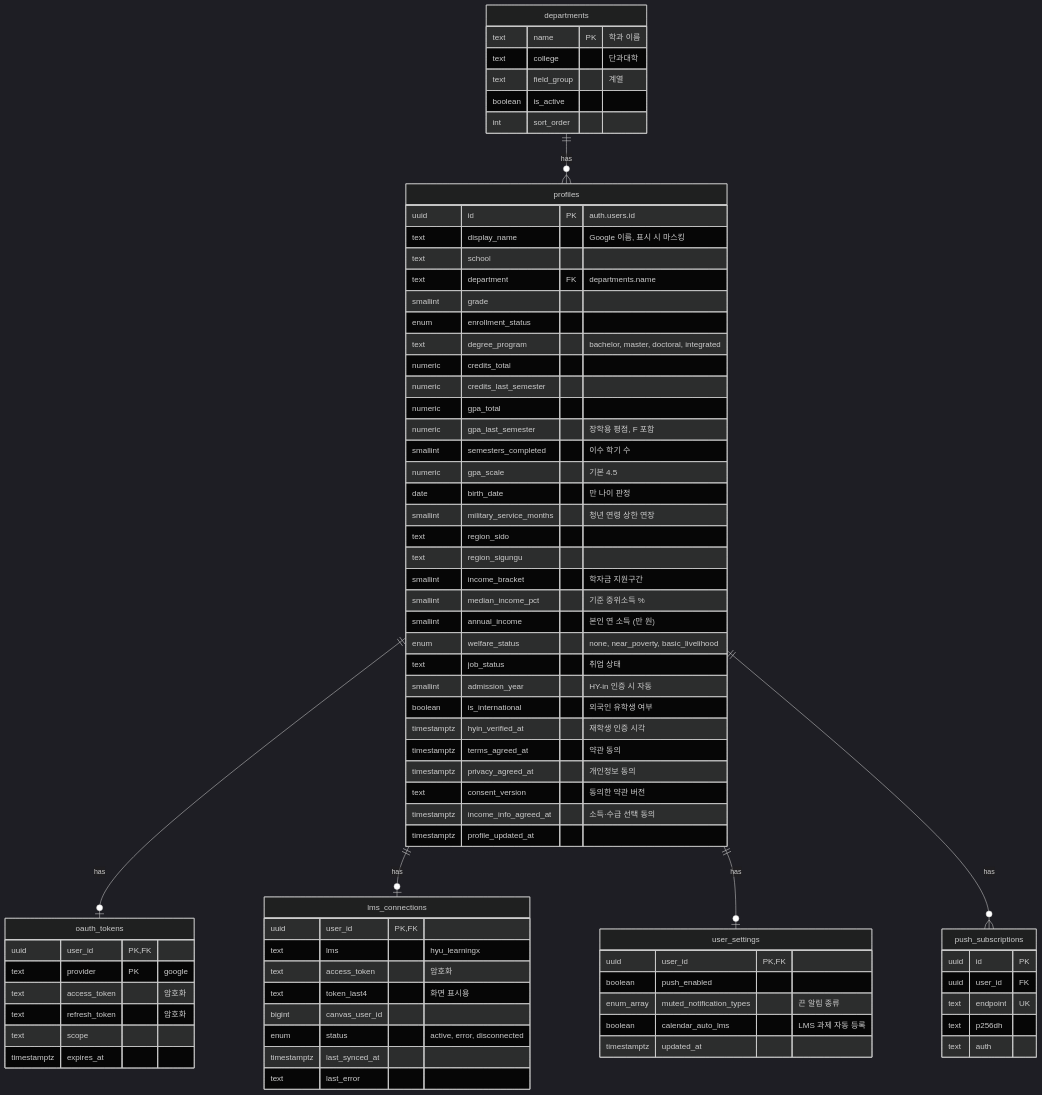
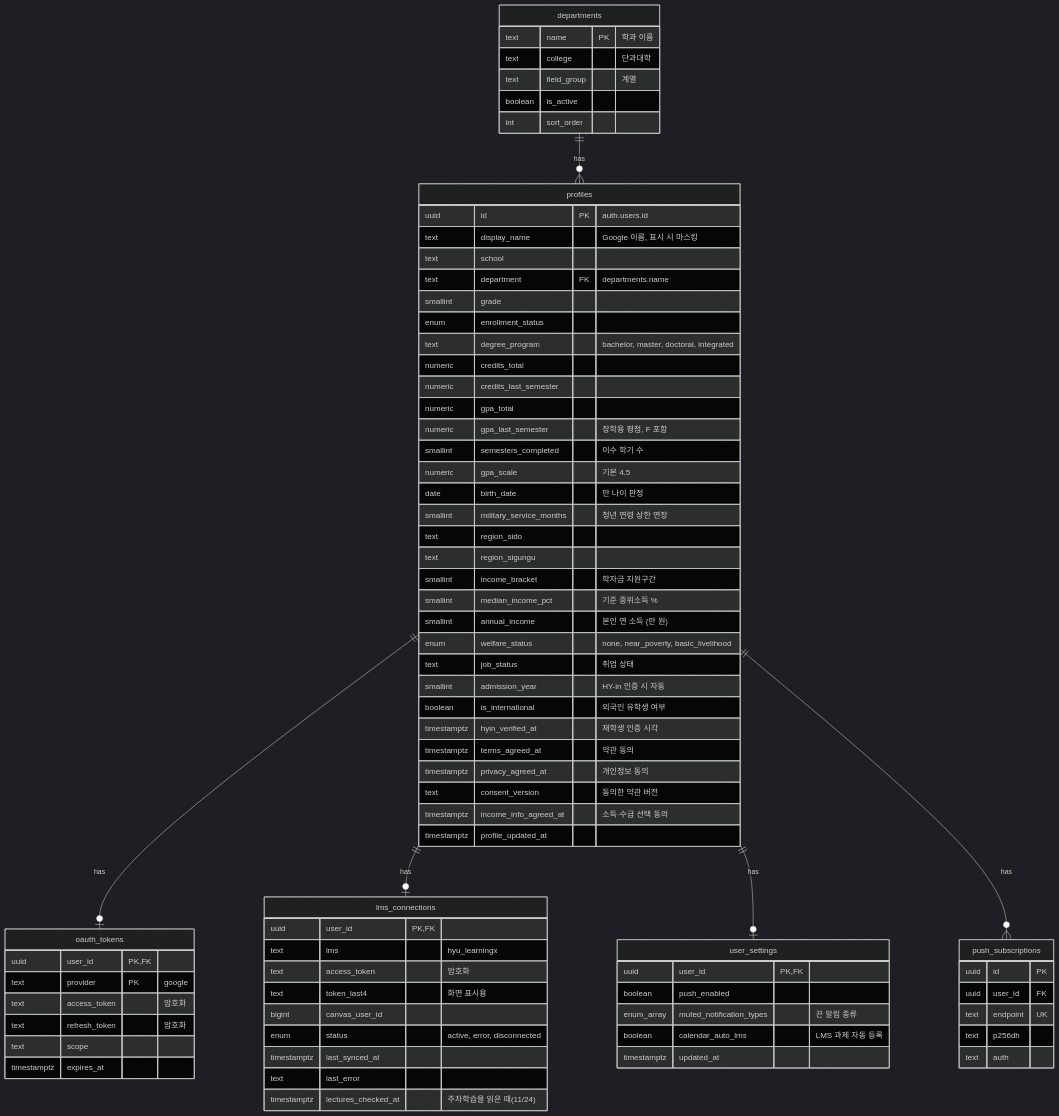
Before and after one commit to Happy623623/Unipivot: the second of 6 diagrams in docs/ERD_v0.9.md, drawn with Mermaid (dark theme). The commit also changed other lines of this file and 30 other files, not shown here.

````diff
--- a/docs/ERD_v0.9.md
+++ b/docs/ERD_v0.9.md
@@ -132,79 +133,80 @@
 ```mermaid
 erDiagram
     profiles {
         uuid id PK "auth.users.id"
         text display_name "Google 이름, 표시 시 마스킹"
         text school
         text department FK "departments.name"
         smallint grade
         enum enrollment_status
         text degree_program "bachelor, master, doctoral, integrated"
         numeric credits_total
         numeric credits_last_semester
         numeric gpa_total
         numeric gpa_last_semester "장학용 평점, F 포함"
         smallint semesters_completed "이수 학기 수"
         numeric gpa_scale "기본 4.5"
         date birth_date "만 나이 판정"
         smallint military_service_months "청년 연령 상한 연장"
         text region_sido
         text region_sigungu
         smallint income_bracket "학자금 지원구간"
         smallint median_income_pct "기준 중위소득 %"
         smallint annual_income "본인 연 소득 (만 원)"
         enum welfare_status "none, near_poverty, basic_livelihood"
         text job_status "취업 상태"
         smallint admission_year "HY-in 인증 시 자동"
         boolean is_international "외국인 유학생 여부"
         timestamptz hyin_verified_at "재학생 인증 시각"
         timestamptz terms_agreed_at "약관 동의"
         timestamptz privacy_agreed_at "개인정보 동의"
         text consent_version "동의한 약관 버전"
         timestamptz income_info_agreed_at "소득·수급 선택 동의"
         timestamptz profile_updated_at
     }
     departments {
         text name PK "학과 이름"
         text college "단과대학"
         text field_group "계열"
         boolean is_active
         int sort_order
     }
     oauth_tokens {
         uuid user_id PK, FK
         text provider PK "google"
         text access_token "암호화"
         text refresh_token "암호화"
         text scope
         timestamptz expires_at
     }
     lms_connections {
         uuid user_id PK, FK
         text lms "hyu_learningx"
         text access_token "암호화"
         text token_last4 "화면 표시용"
         bigint canvas_user_id
         enum status "active, error, disconnected"
         timestamptz last_synced_at
         text last_error
+        timestamptz lectures_checked_at "주차학습을 읽은 때(11/24)"
     }
     user_settings {
         uuid user_id PK, FK
         boolean push_enabled
         enum_array muted_notification_types "끈 알림 종류"
         boolean calendar_auto_lms "LMS 과제 자동 등록"
         timestamptz updated_at
     }
     push_subscriptions {
         uuid id PK
         uuid user_id FK
         text endpoint UK
         text p256dh
         text auth
     }
     departments ||--o{ profiles : "has"
     profiles ||--o| oauth_tokens : "has"
     profiles ||--o| lms_connections : "has"
     profiles ||--o| user_settings : "has"
     profiles ||--o{ push_subscriptions : "has"
 ```
````
